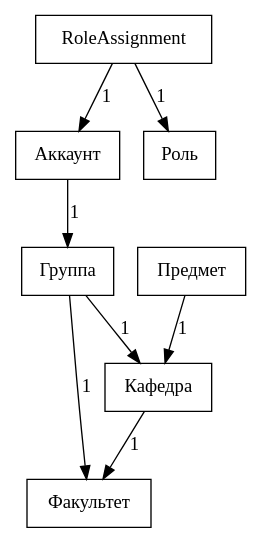
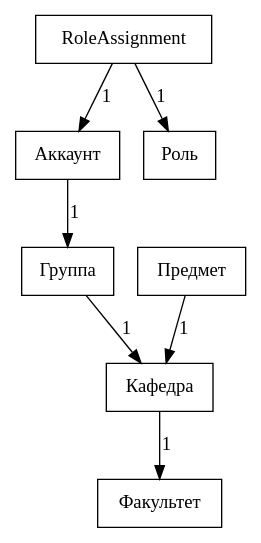
Before and after one commit to NetCrackerO2/ScheduleProject: the diagram in graph.dot, drawn with Graphviz. The commit also changed 1 other file, not shown here.

Commit message:
Graph update

```diff
--- a/graph.dot
+++ b/graph.dot
@@ -1,14 +1,14 @@
 digraph G {
 	node [shape="box"];
 	{
 		edge[label="n",];
 	}
 	{
 		edge[label="1"];
 		Кафедра->Факультет;
-		Группа->{Факультет,Кафедра};
+		Группа->Кафедра;
 		Аккаунт->Группа;
 		RoleAssignment->{Аккаунт,Роль};
 		Предмет->Кафедра;
 	}
 }
```
